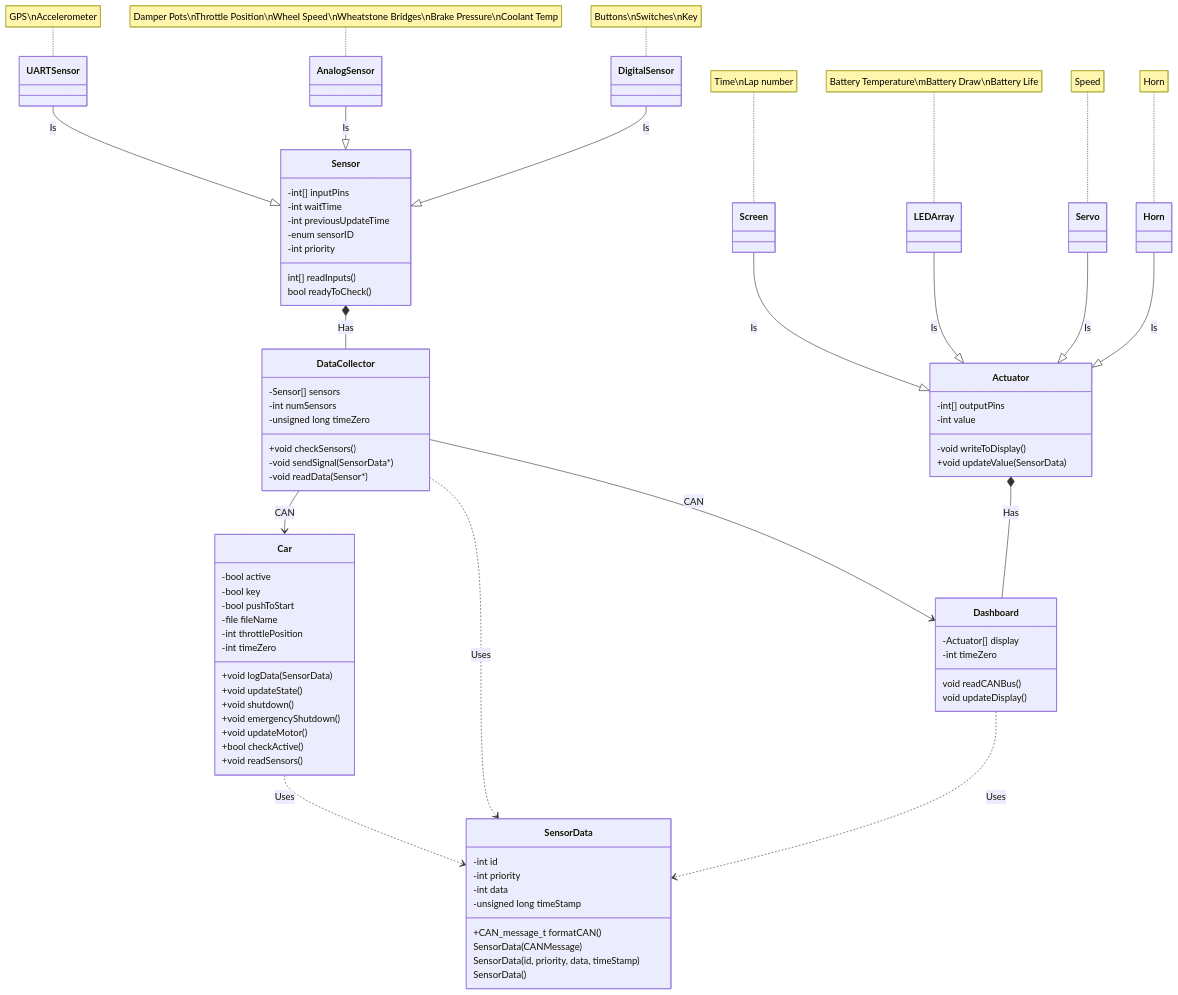
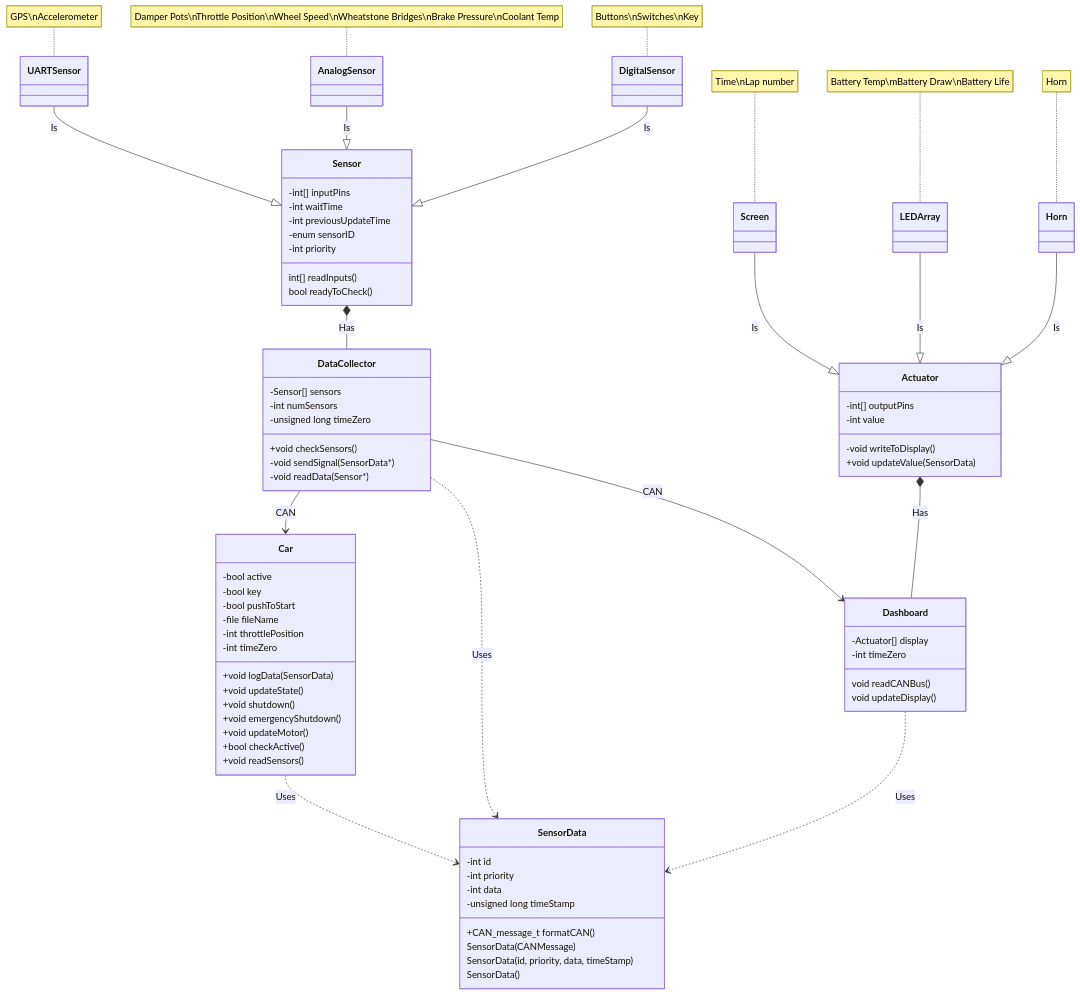
The diagram in VehicleCode/CarUML_v1.0.md (BYU-Racing/car_software), drawn with Mermaid before and after one commit. The commit also changed other lines of this file and 2 other files, not shown here.

Commit message:
delete servo class

````diff
--- a/VehicleCode/CarUML_v1.0.md
+++ b/VehicleCode/CarUML_v1.0.md
@@ -12,81 +13,79 @@
 ```mermaid
 classDiagram
 
     class Sensor
     Sensor : -int[] inputPins
     Sensor : -int waitTime
     Sensor : -int previousUpdateTime
     Sensor : -enum sensorID 
     Sensor : -int priority
     Sensor : int[] readInputs()
     Sensor : bool readyToCheck()
     UARTSensor --|> Sensor : Is
     note for UARTSensor "GPS\nAccelerometer"
     AnalogSensor --|> Sensor : Is
     note for AnalogSensor "Damper Pots\nThrottle Position\nWheel Speed\nWheatstone Bridges\nBrake Pressure\nCoolant Temp"
     DigitalSensor --|> Sensor : Is
     note for DigitalSensor "Buttons\nSwitches\nKey"
 
     class Actuator
     Actuator : -int[] outputPins
     Actuator : -int value
     Actuator : -void writeToDisplay()
     Actuator : +void updateValue(SensorData)
     Screen --|> Actuator : Is
     note for Screen "Time\nLap number"
     LEDArray --|> Actuator : Is
-    note for LEDArray "Battery Temperature\mBattery Draw\nBattery Life"
-    Servo --|> Actuator : Is
-    note for Servo "Speed"
+    note for LEDArray "Battery Temp\mBattery Draw\nBattery Life"
     Horn --|> Actuator : Is
     note for Horn "Horn"
 
     class SensorData
     SensorData : -int id
     SensorData : -int priority
     SensorData : -int data
     SensorData : -unsigned long timeStamp
     SensorData : +CAN_message_t formatCAN()
     SensorData : SensorData(CANMessage)
     SensorData : SensorData(id, priority, data, timeStamp)
     SensorData : SensorData()
 
     class Dashboard
     Dashboard : -Actuator[] display
     Dashboard : -int timeZero
     Dashboard : void readCANBus()
     Dashboard : void updateDisplay()
 
     class DataCollector
     DataCollector : -Sensor[] sensors
     DataCollector : -int numSensors
     DataCollector : -unsigned long timeZero
     DataCollector : +void checkSensors()
     DataCollector : -void sendSignal(SensorData*)
     DataCollector : -void readData(Sensor*)
 
     class Car
     Car : -bool active
     Car : -bool key
     Car : -bool pushToStart
     Car : -file fileName
     Car : -int throttlePosition
     Car : -int timeZero
     Car : +void logData(SensorData)
     Car : +void updateState()
     Car : +void shutdown()
     Car : +void emergencyShutdown()
     Car : +void updateMotor()
     Car : +bool checkActive()
     Car : +void readSensors()
 
     DataCollector --> Car : CAN
     DataCollector --> Dashboard : CAN
 
     Car ..> SensorData : Uses
     DataCollector ..> SensorData : Uses
     Dashboard ..> SensorData : Uses
 
     Sensor *-- DataCollector : Has
     Actuator *-- Dashboard : Has
 ```
````
